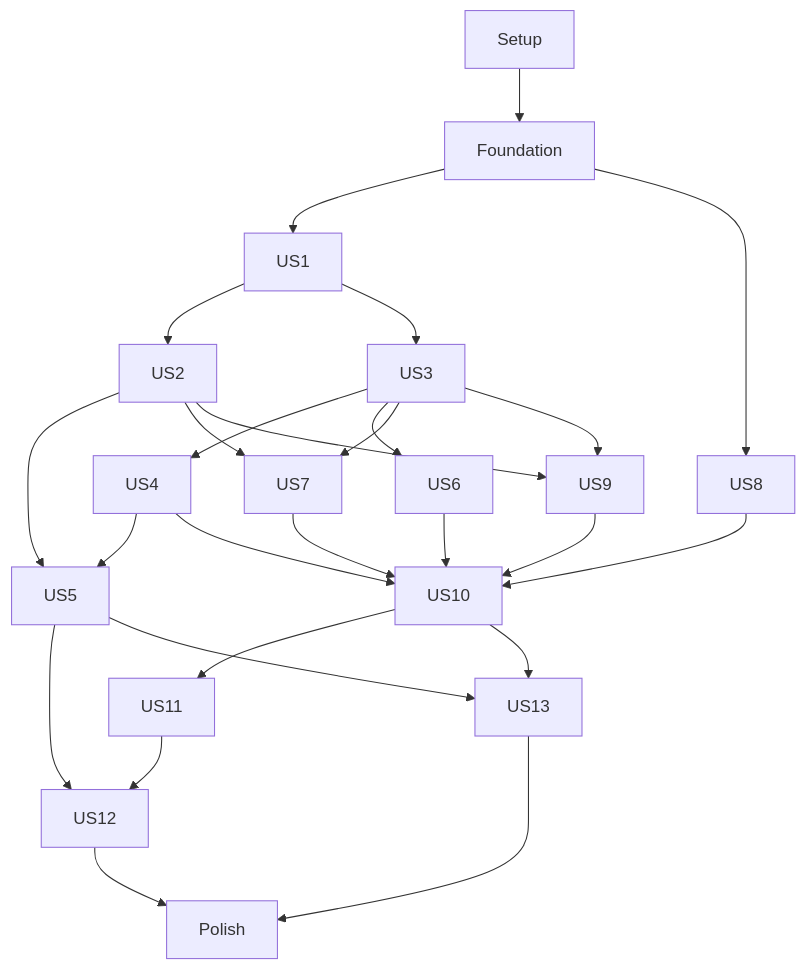
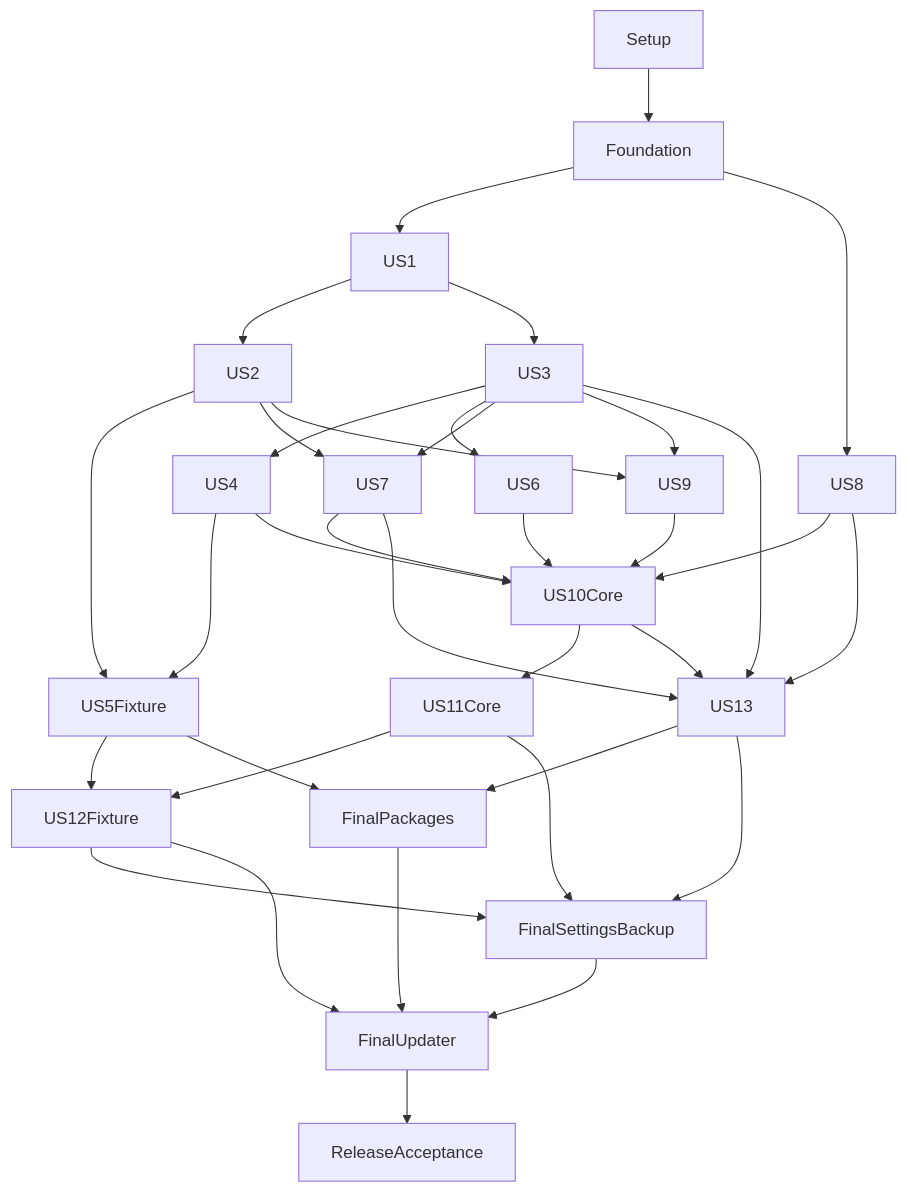
The diagram in specs/001-reckless-desktop-chess/tasks.md (SadraShameli/chess), drawn with Mermaid before and after one commit. The commit also changed other lines of this file and 15 other files, not shown here.

````diff
--- a/specs/001-reckless-desktop-chess/tasks.md
+++ b/specs/001-reckless-desktop-chess/tasks.md
@@ -619,28 +552,37 @@
 ```mermaid
 graph TD
   Setup --> Foundation
   Foundation --> US1
   Foundation --> US8
   US1 --> US2
   US1 --> US3
   US3 --> US4
-  US2 --> US5
-  US4 --> US5
+  US2 --> US5Fixture
+  US4 --> US5Fixture
   US3 --> US6
   US2 --> US7
   US3 --> US7
   US2 --> US9
   US3 --> US9
-  US4 --> US10
-  US6 --> US10
-  US7 --> US10
-  US8 --> US10
-  US9 --> US10
-  US10 --> US11
-  US5 --> US12
-  US11 --> US12
-  US5 --> US13
-  US10 --> US13
-  US12 --> Polish
-  US13 --> Polish
+  US4 --> US10Core
+  US6 --> US10Core
+  US7 --> US10Core
+  US8 --> US10Core
+  US9 --> US10Core
+  US10Core --> US11Core
+  US5Fixture --> US12Fixture
+  US11Core --> US12Fixture
+  US3 --> US13
+  US7 --> US13
+  US8 --> US13
+  US10Core --> US13
+  US5Fixture --> FinalPackages
+  US13 --> FinalPackages
+  US12Fixture --> FinalSettingsBackup
+  US11Core --> FinalSettingsBackup
+  US13 --> FinalSettingsBackup
+  FinalPackages --> FinalUpdater
+  FinalSettingsBackup --> FinalUpdater
+  US12Fixture --> FinalUpdater
+  FinalUpdater --> ReleaseAcceptance
 ```
````
